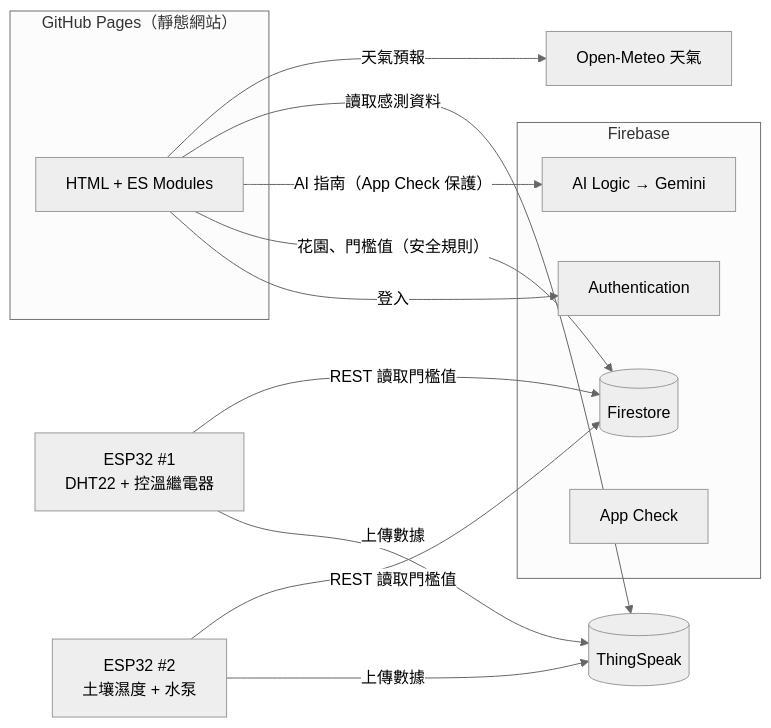
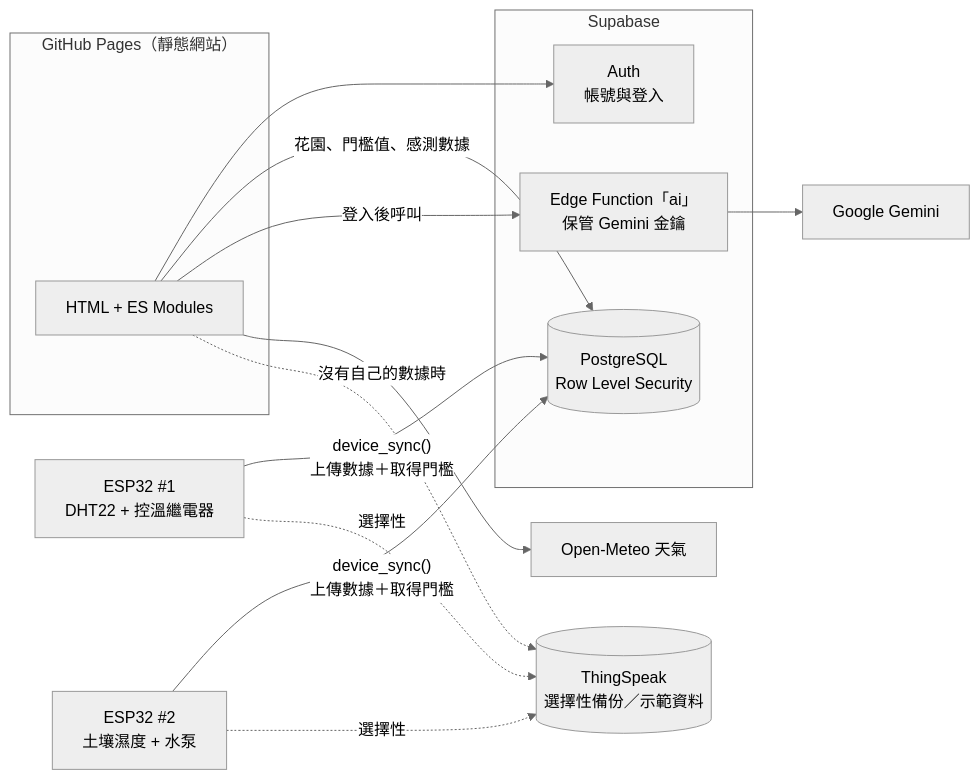
One commit to alanpass/Capstone_Project changed the diagram in README.md. Above: the diagram before and after it, drawn with Mermaid (neutral theme). The commit also changed other lines of this file and 38 other files, not shown here.

First line of the commit message:
Move to Supabase: own auth, database, AI function and sensor storage

````diff
--- a/README.md
+++ b/README.md
@@ -25,24 +25,24 @@
 ```mermaid
 flowchart LR
   subgraph Pages["GitHub Pages（靜態網站）"]
     UI["HTML + ES Modules"]
   end
-  subgraph Firebase
-    Auth["Authentication"]
-    FS[("Firestore")]
-    AIL["AI Logic → Gemini"]
-    AC["App Check"]
+  subgraph Supabase
+    Auth["Auth<br/>帳號與登入"]
+    DB[("PostgreSQL<br/>Row Level Security")]
+    Fn["Edge Function「ai」<br/>保管 Gemini 金鑰"]
   end
+  Gemini["Google Gemini"]
+  OM["Open-Meteo 天氣"]
   ESP1["ESP32 #1<br/>DHT22 + 控溫繼電器"]
   ESP2["ESP32 #2<br/>土壤濕度 + 水泵"]
-  TS[("ThingSpeak")]
-  OM["Open-Meteo 天氣"]
+  TS[("ThingSpeak<br/>選擇性備份／示範資料")]
 
-  UI -- 登入 --> Auth
-  UI -- "花園、門檻值（安全規則）" --> FS
-  UI -- "AI 指南（App Check 保護）" --> AIL
-  UI -- 讀取感測資料 --> TS
-  UI -- 天氣預報 --> OM
-  ESP1 & ESP2 -- 上傳數據 --> TS
-  ESP1 & ESP2 -- "REST 讀取門檻值" --> FS
+  UI --> Auth
+  UI -- "花園、門檻值、感測數據" --> DB
+  UI -- 登入後呼叫 --> Fn --> Gemini
+  UI --> OM
+  ESP1 & ESP2 -- "device_sync()<br/>上傳數據＋取得門檻" --> DB
+  ESP1 & ESP2 -. 選擇性 .-> TS
+  UI -. 沒有自己的數據時 .-> TS
 ```
````
